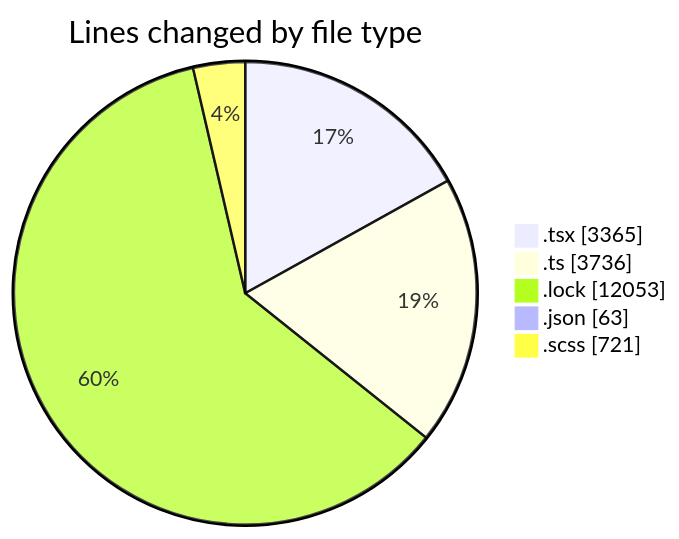
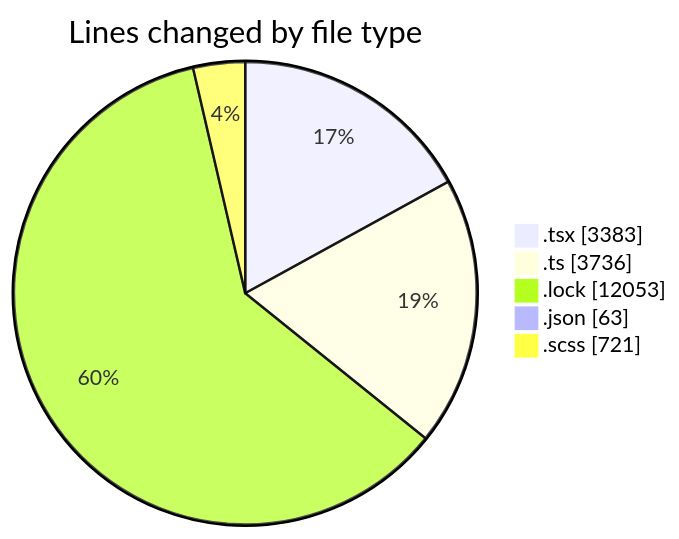
Before and after one commit to momahboobian/code-tracking: the first of 2 diagrams in 2025-12-03/cda/README.md, drawn with Mermaid. The commit also changed other lines of this file and 1 other file, not shown here.

````diff
--- a/2025-12-03/cda/README.md
+++ b/2025-12-03/cda/README.md
@@ -32,9 +32,9 @@
 ```mermaid
 pie showData
 title Lines changed by file type
-".tsx" : 3365
+".tsx" : 3383
 ".ts" : 3736
 ".lock" : 12053
 ".json" : 63
 ".scss" : 721
 ```
````
